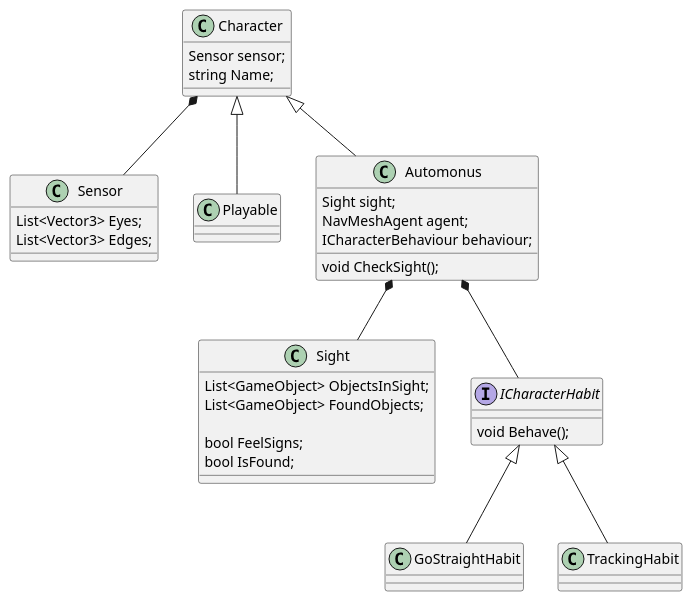
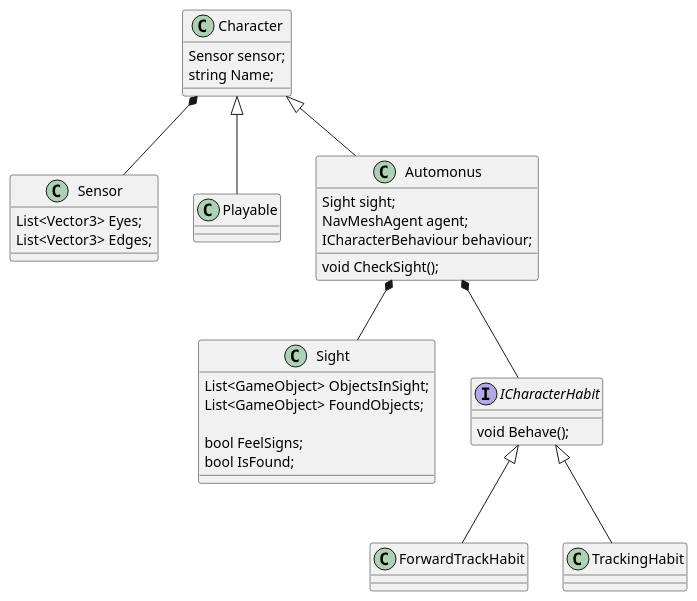
The diagram in PROGRAM_DESIGN.md (shimomuh/prototype-sneaking), drawn with PlantUML before and after one commit. The commit also changed 20 other files, not shown here.

````diff
--- a/PROGRAM_DESIGN.md
+++ b/PROGRAM_DESIGN.md
@@ -7,54 +7,54 @@
 ```uml
 @startuml
 
 class Character {
   Sensor sensor;
   string Name;
 }
 
 class Sensor {
   List<Vector3> Eyes;
   List<Vector3> Edges;
 }
 
 Character *-- Sensor
 
 class Playable {
 }
 
 class Automonus {
   Sight sight;
   NavMeshAgent agent;
   ICharacterBehaviour behaviour;
 
   void CheckSight();
 }
 
 Character <|-- Playable
 Character <|-- Automonus
 
 class Sight {
   List<GameObject> ObjectsInSight;
   List<GameObject> FoundObjects;
 
   bool FeelSigns;
   bool IsFound;
 }
 
 Automonus *-- Sight
 
 interface ICharacterHabit {
   void Behave();
 }
 
 Automonus *-- ICharacterHabit
 
-class GoStraightHabit {}
+class ForwardTrackHabit {}
 
 class TrackingHabit {}
 
-ICharacterHabit <|-- GoStraightHabit
+ICharacterHabit <|-- ForwardTrackHabit
 ICharacterHabit <|-- TrackingHabit
 
 @enduml
 ```
````
